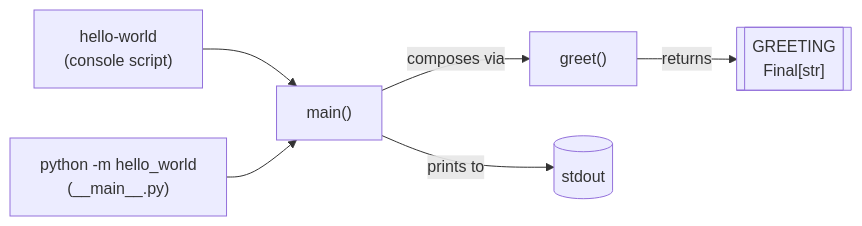
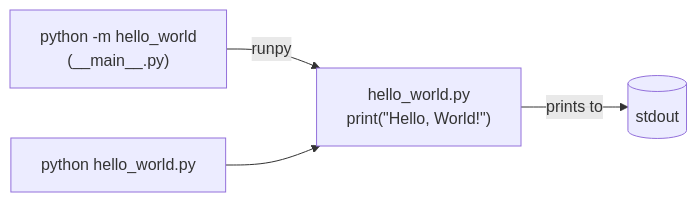
Before and after one commit to Lomchat/HelloWorld: the diagram in README.md, drawn with Mermaid. The commit also changed other lines of this file and 7 other files, not shown here.

````diff
--- a/README.md
+++ b/README.md
@@ -131,8 +120,6 @@
 ```mermaid
 flowchart LR
-    Script["hello-world<br/>(console script)"] --> Main
-    Module["python -m hello_world<br/>(__main__.py)"] --> Main
-    Main["main()"] -->|composes via| Greet["greet()"]
-    Greet -->|returns| Greeting[["GREETING<br/>Final[str]"]]
-    Main -->|prints to| Stdout[("stdout")]
+    DashM["python -m hello_world<br/>(__main__.py)"] -->|runpy| Core
+    Script["python hello_world.py"] --> Core
+    Core["hello_world.py<br/>print(&quot;Hello, World!&quot;)"] -->|prints to| Stdout[("stdout")]
 ```
````
